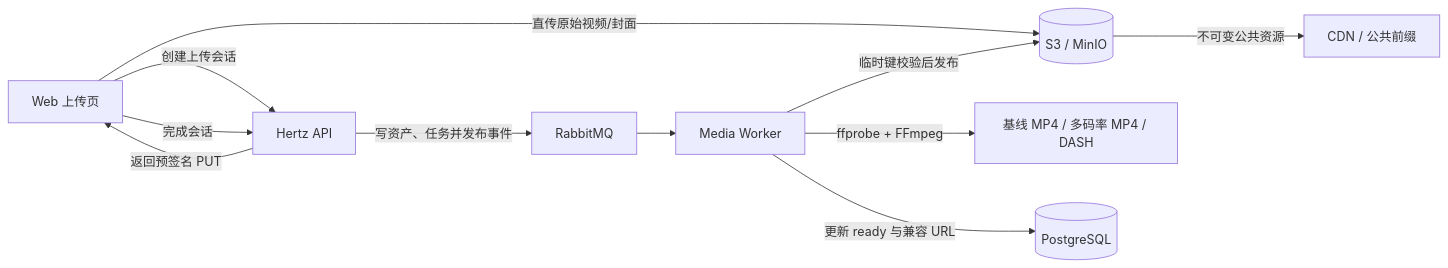
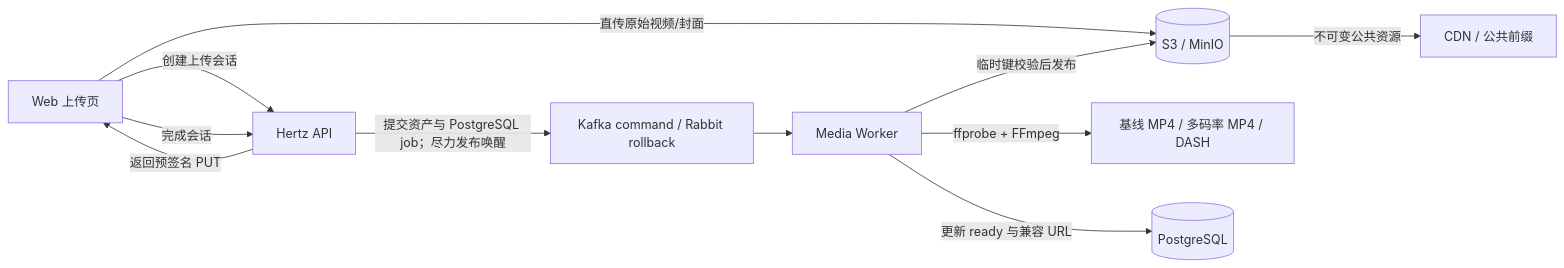
One commit to shiyudesu/frux changed the tenth of 11 diagrams in docs/architecture.md. Above: the diagram before and after it, drawn with Mermaid. The commit also changed other lines of this file and 59 other files, not shown here.

````diff
--- a/docs/architecture.md
+++ b/docs/architecture.md
@@ -613,13 +615,13 @@
 ```mermaid
 flowchart LR
   Web["Web 上传页"] -->|"创建上传会话"| API["Hertz API"]
   API -->|"返回预签名 PUT"| Web
   Web -->|"直传原始视频/封面"| S3[("S3 / MinIO")]
   Web -->|"完成会话"| API
-  API -->|"写资产、任务并发布事件"| MQ["RabbitMQ"]
+  API -->|"提交资产与 PostgreSQL job；尽力发布唤醒"| MQ["Kafka command / Rabbit rollback"]
   MQ --> Worker["Media Worker"]
   Worker -->|"ffprobe + FFmpeg"| Outputs["基线 MP4 / 多码率 MP4 / DASH"]
   Worker -->|"临时键校验后发布"| S3
   Worker -->|"更新 ready 与兼容 URL"| PostgreSQL[("PostgreSQL")]
   S3 -->|"不可变公共资源"| CDN["CDN / 公共前缀"]
 ```
````
